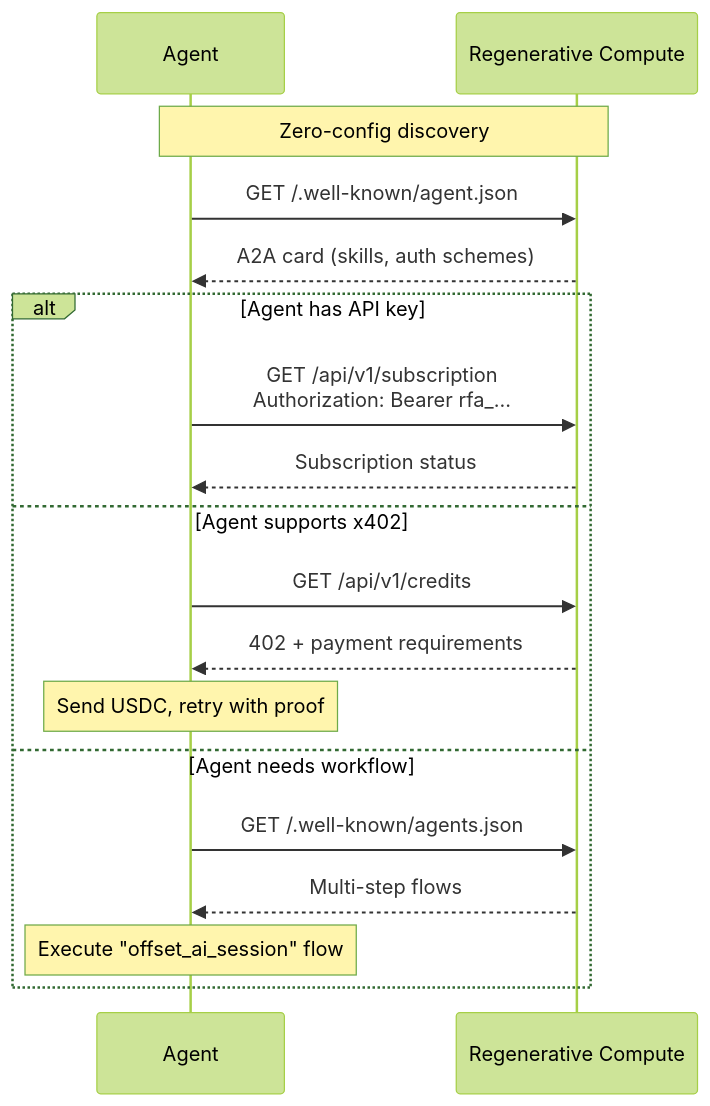
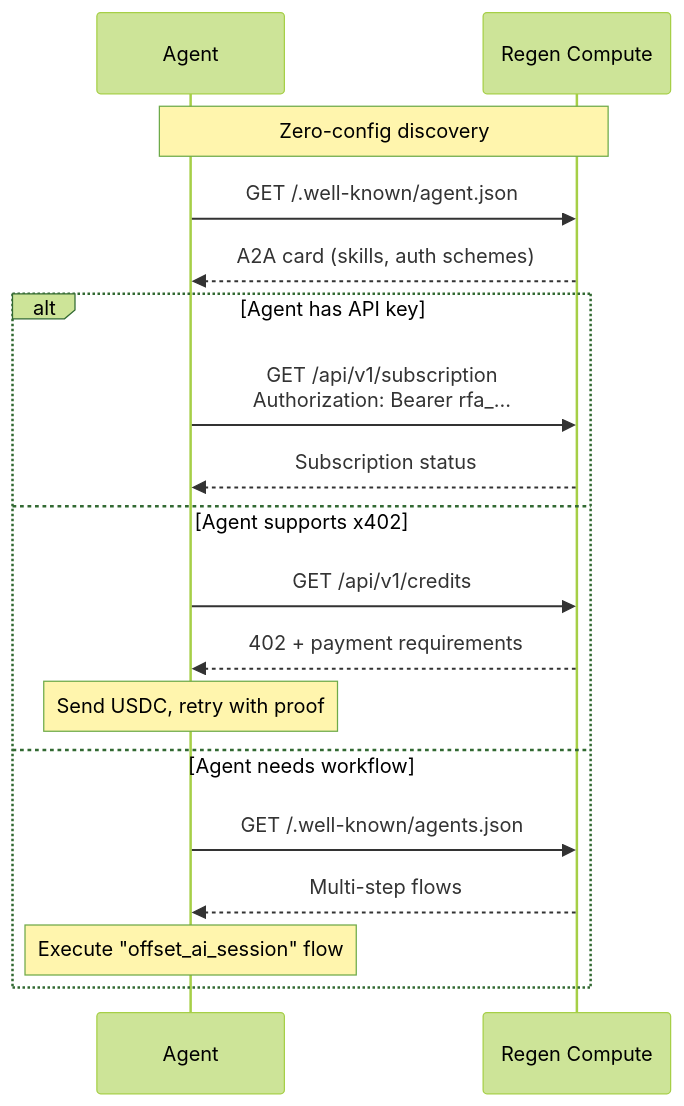
Before and after one commit to regen-network/regen-compute: the diagram in docs/agent-discovery.md, drawn with Mermaid (forest theme). The commit also changed other lines of this file and 42 other files, not shown here.

Commit message:
Rename "Regenerative Compute" to "Regen Compute" across all files

````diff
--- a/docs/agent-discovery.md
+++ b/docs/agent-discovery.md
@@ -211,23 +211,23 @@
 ```mermaid
 sequenceDiagram
     participant Agent
-    participant Server as Regenerative Compute
+    participant Server as Regen Compute
 
     Note over Agent,Server: Zero-config discovery
 
     Agent->>Server: GET /.well-known/agent.json
     Server-->>Agent: A2A card (skills, auth schemes)
 
     alt Agent has API key
         Agent->>Server: GET /api/v1/subscription<br/>Authorization: Bearer rfa_...
         Server-->>Agent: Subscription status
     else Agent supports x402
         Agent->>Server: GET /api/v1/credits
         Server-->>Agent: 402 + payment requirements
         Note over Agent: Send USDC, retry with proof
     else Agent needs workflow
         Agent->>Server: GET /.well-known/agents.json
         Server-->>Agent: Multi-step flows
         Note over Agent: Execute "offset_ai_session" flow
     end
 ```
````
